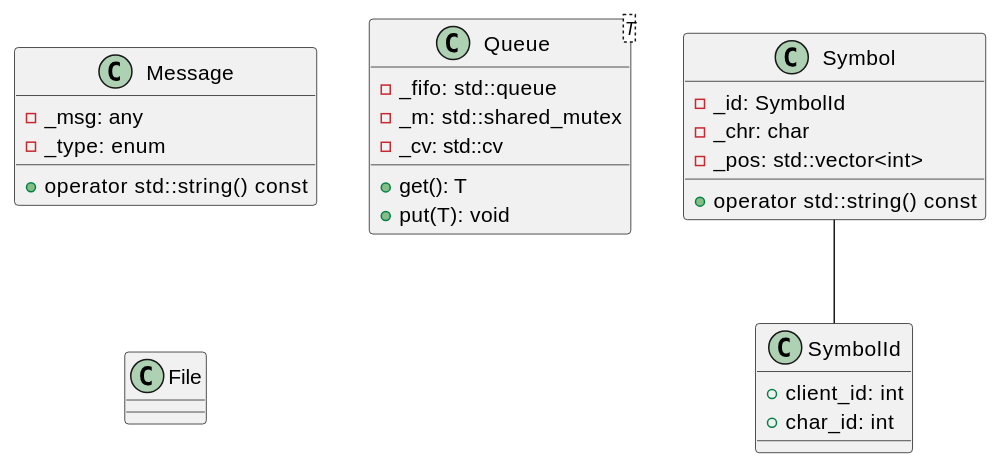
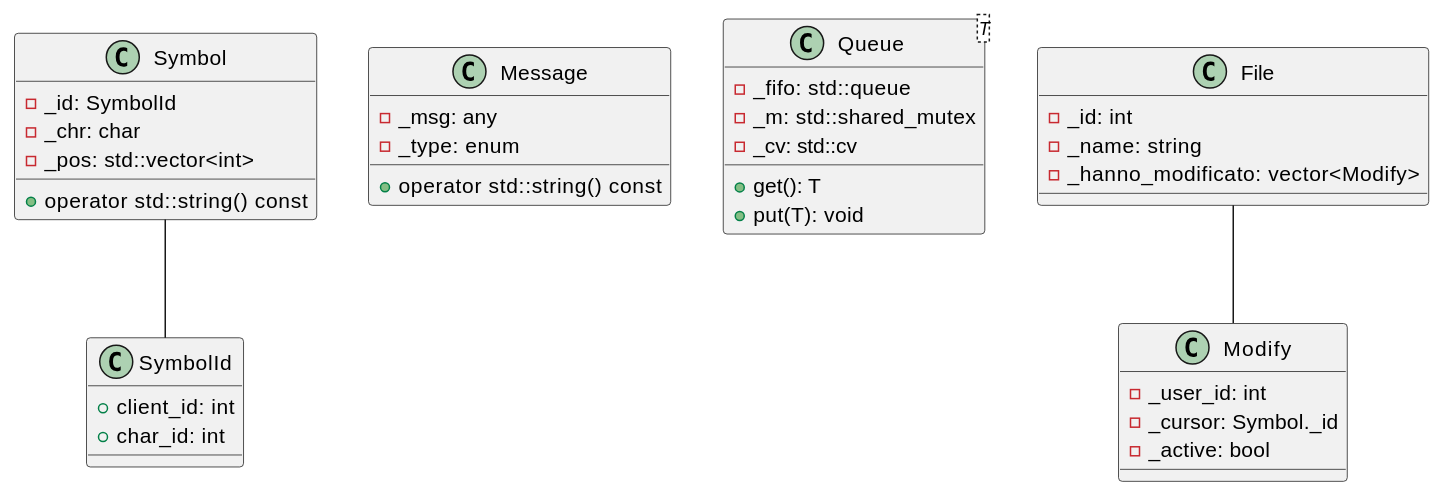
One commit to aleoli/Shared-Editor changed the first of 3 diagrams in docs/Class diagrams.md. Above: the diagram before and after it, drawn with PlantUML. The commit also changed other lines of this file, not shown here.

Commit message:
Class model File & Modify

```diff
--- a/docs/Class diagrams.md
+++ b/docs/Class diagrams.md
@@ -9,35 +9,45 @@
 @startuml
 class Symbol {
 - _id: SymbolId
 - _chr: char
 - _pos: std::vector<int>
 
 + operator std::string() const
 }
 
 class SymbolId {
 + client_id: int
 + char_id: int
 }
 
 Symbol -- SymbolId
 
 class Message {
 - _msg: any
 - _type: enum
 
 + operator std::string() const
 }
 
 class Queue<T> {
 - _fifo: std::queue
 - _m: std::shared_mutex
 - _cv: std::cv
 + get(): T
 + put(T): void
 }
 
 class File {
+- _id: int
+- _name: string
+- _hanno_modificato: vector<Modify>
+}
 
+class Modify {
+- _user_id: int
+- _cursor: Symbol._id
+- _active: bool
 }
+
+File -- Modify
 @enduml
```
